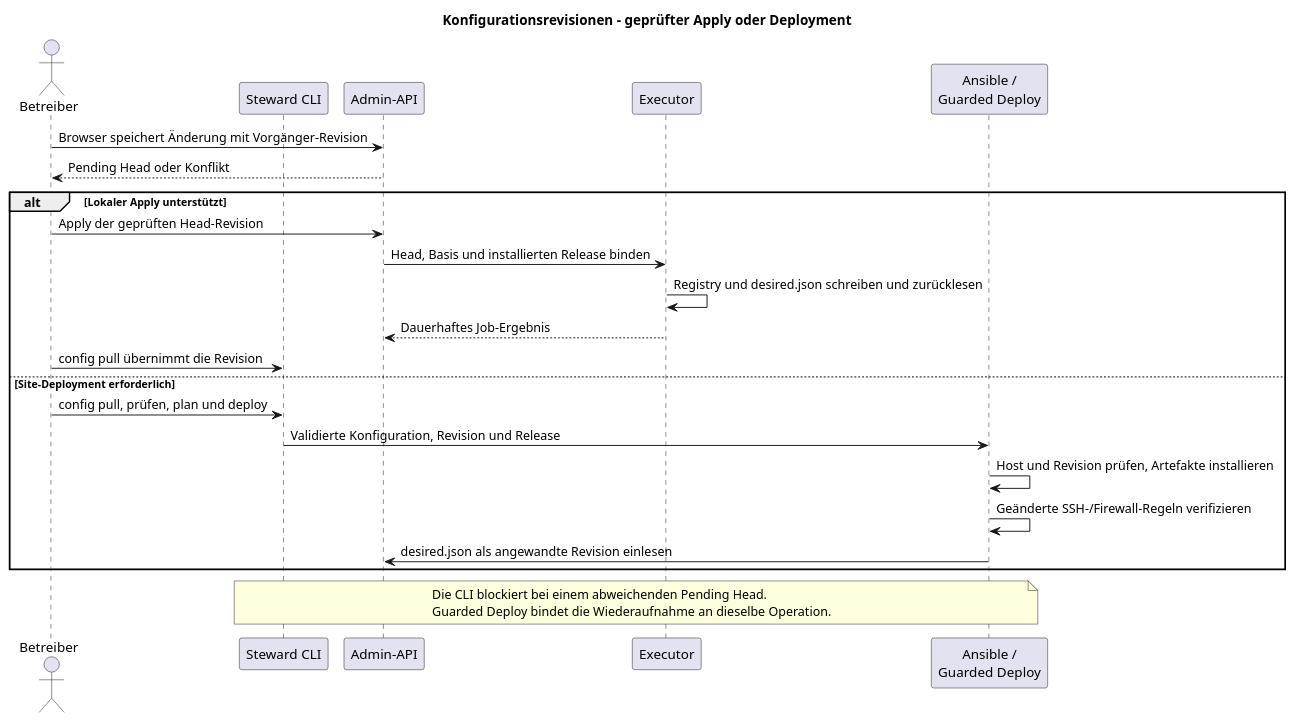
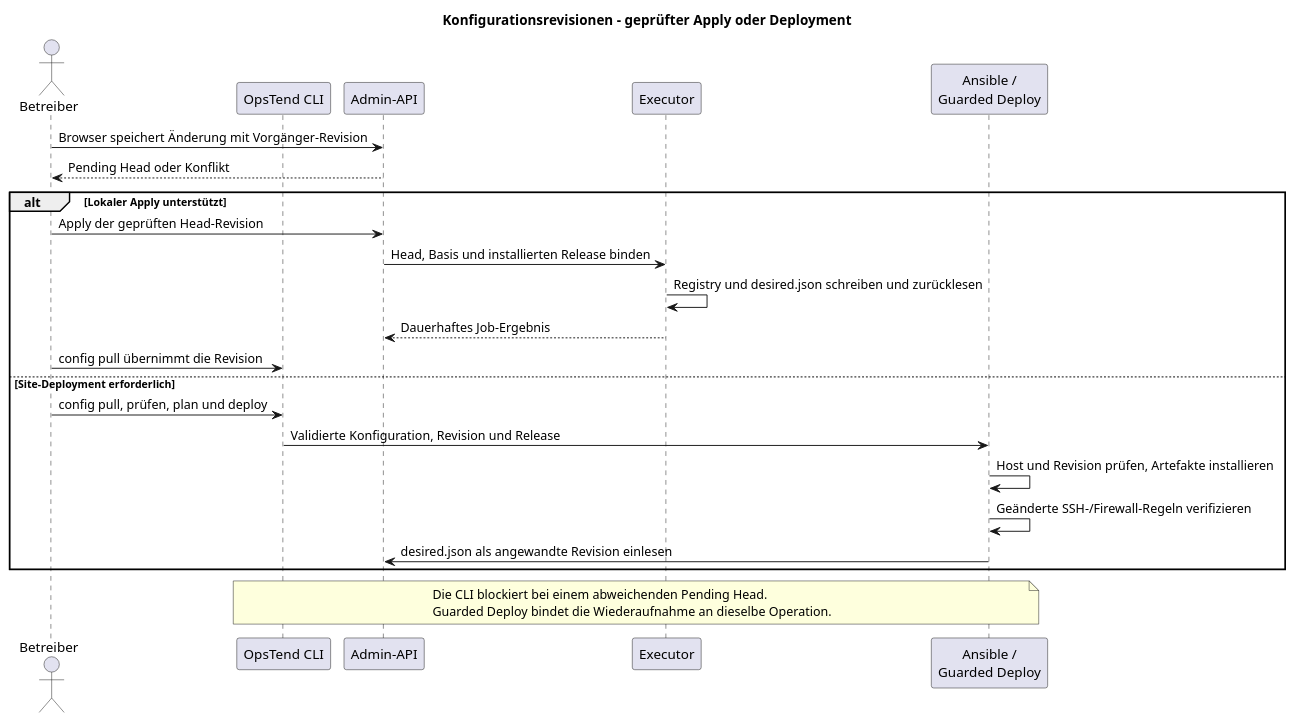
The diagram in docs/diagrams/src/03-deploy-und-revisionen.puml (grethel-labs/opstend), drawn with PlantUML before and after one commit. The commit also changed 86 other files, not shown here.

Commit message:
Adopt OpsTend branding and Zorec in the admin console

```diff
--- a/docs/diagrams/src/03-deploy-und-revisionen.puml
+++ b/docs/diagrams/src/03-deploy-und-revisionen.puml
@@ -1,29 +1,29 @@
 @startuml
 title Konfigurationsrevisionen – geprüfter Apply oder Deployment
 skinparam shadowing false
 actor "Betreiber" as op
-participant "Steward CLI" as cli
+participant "OpsTend CLI" as cli
 participant "Admin-API" as api
 participant "Executor" as exe
 participant "Ansible /\nGuarded Deploy" as deploy
 
 op -> api : Browser speichert Änderung mit Vorgänger-Revision
 api --> op : Pending Head oder Konflikt
 alt Lokaler Apply unterstützt
   op -> api : Apply der geprüften Head-Revision
   api -> exe : Head, Basis und installierten Release binden
   exe -> exe : Registry und desired.json schreiben und zurücklesen
   exe --> api : Dauerhaftes Job-Ergebnis
   op -> cli : config pull übernimmt die Revision
 else Site-Deployment erforderlich
   op -> cli : config pull, prüfen, plan und deploy
   cli -> deploy : Validierte Konfiguration, Revision und Release
   deploy -> deploy : Host und Revision prüfen, Artefakte installieren
   deploy -> deploy : Geänderte SSH-/Firewall-Regeln verifizieren
   deploy -> api : desired.json als angewandte Revision einlesen
 end
 note over cli, deploy
   Die CLI blockiert bei einem abweichenden Pending Head.
   Guarded Deploy bindet die Wiederaufnahme an dieselbe Operation.
 end note
 @enduml
```
